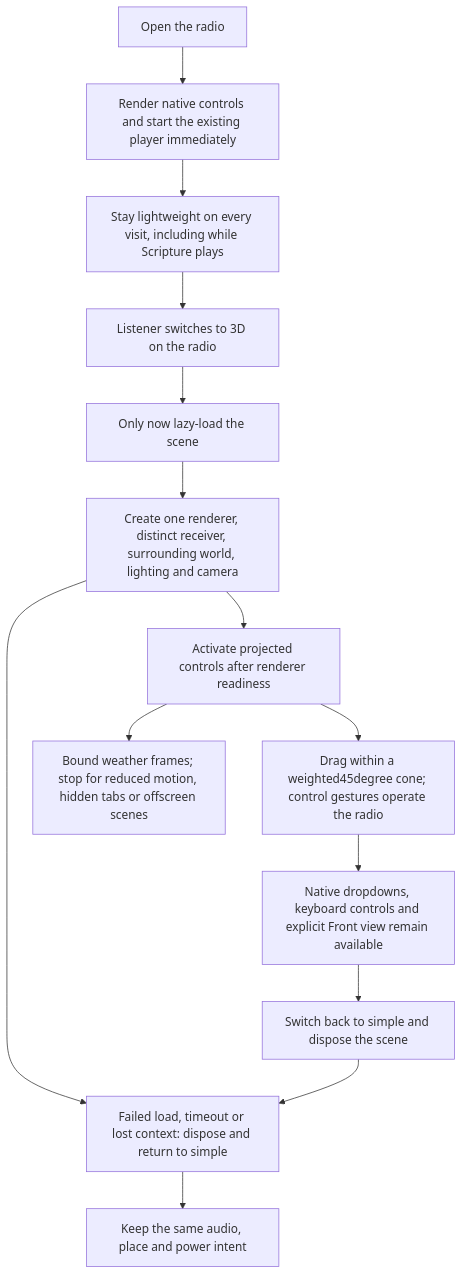
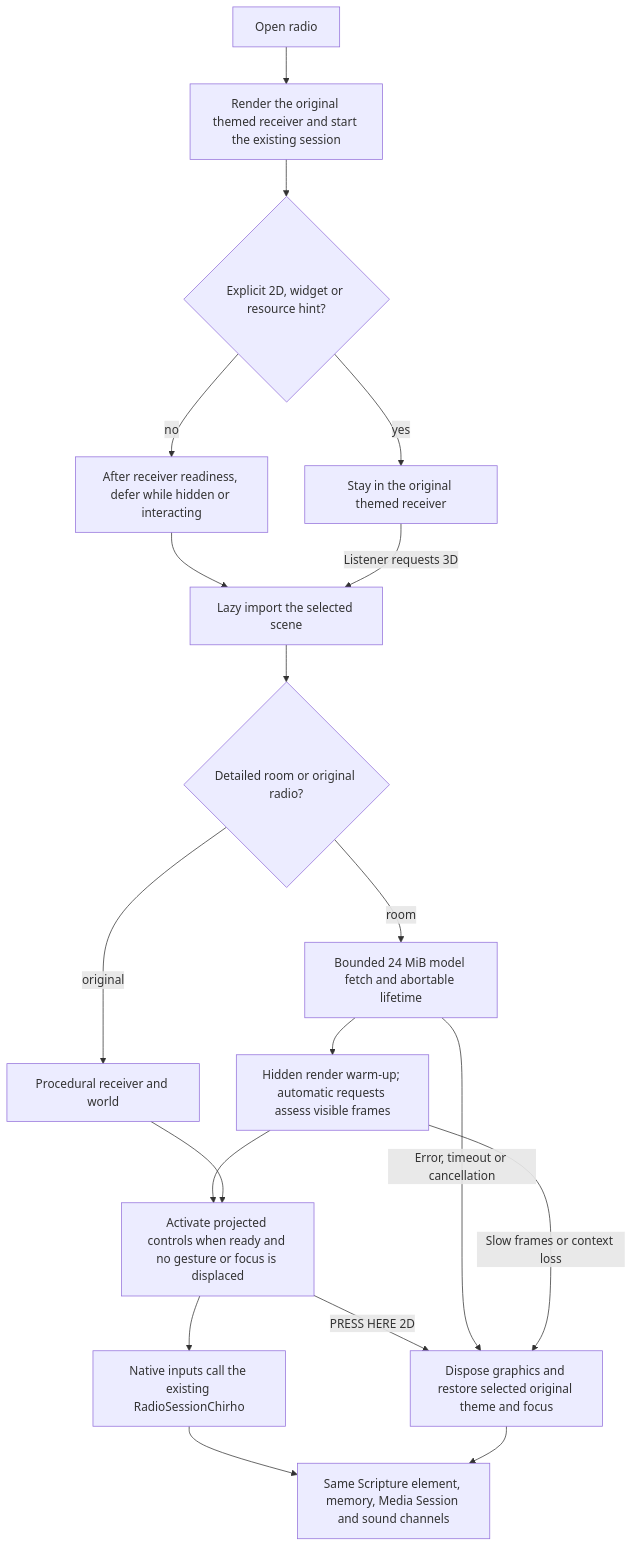
Before and after one commit to loveJesus/audiobiblerad.io-chirho: the diagram in spec-chirho/workflows-chirho/experience-chirho/spatial_radio_workflow_chirho.md, drawn with Mermaid. The commit also changed other lines of this file and 32 other files, not shown here.

Commit message:
Integrate the listening room with the existing radio session

````diff
--- a/spec-chirho/workflows-chirho/experience-chirho/spatial_radio_workflow_chirho.md
+++ b/spec-chirho/workflows-chirho/experience-chirho/spatial_radio_workflow_chirho.md
@@ -5,16 +5,21 @@
 ```mermaid
 flowchart TD
-    open_chirho[Open the radio] --> plain_chirho[Render native controls and start the existing player immediately]
-    plain_chirho --> simple_chirho[Stay lightweight on every visit, including while Scripture plays]
-    simple_chirho --> switch_chirho[Listener switches to 3D on the radio]
-    switch_chirho --> lazy_chirho[Only now lazy-load the scene]
-    lazy_chirho --> gpu_chirho[Create one renderer, distinct receiver, surrounding world, lighting and camera]
-    gpu_chirho --> smooth_chirho[Activate projected controls after renderer readiness]
-    gpu_chirho --> fallback_chirho[Failed load, timeout or lost context: dispose and return to simple]
-    smooth_chirho --> orbit_chirho[Drag within a weighted45degree cone; control gestures operate the radio]
-    orbit_chirho --> native_chirho[Native dropdowns, keyboard controls and explicit Front view remain available]
-    native_chirho --> off_chirho[Switch back to simple and dispose the scene]
-    off_chirho --> fallback_chirho
-    fallback_chirho --> audio_chirho[Keep the same audio, place and power intent]
-    smooth_chirho --> visibility_chirho[Bound weather frames; stop for reduced motion, hidden tabs or offscreen scenes]
+    open_chirho[Open radio] --> receiver_chirho[Render the original themed receiver and start the existing session]
+    receiver_chirho --> choice_chirho{Explicit 2D, widget or resource hint?}
+    choice_chirho -- yes --> lightweight_chirho[Stay in the original themed receiver]
+    choice_chirho -- no --> delay_chirho[After receiver readiness, defer while hidden or interacting]
+    delay_chirho --> lazy_chirho[Lazy import the selected scene]
+    lightweight_chirho -- Listener requests 3D --> lazy_chirho
+    lazy_chirho --> kind_chirho{Detailed room or original radio?}
+    kind_chirho -- room --> model_chirho[Bounded 24 MiB model fetch and abortable lifetime]
+    kind_chirho -- original --> original_chirho[Procedural receiver and world]
+    model_chirho --> warm_chirho[Hidden render warm-up; automatic requests assess visible frames]
+    warm_chirho --> ready_chirho[Activate projected controls when ready and no gesture or focus is displaced]
+    original_chirho --> ready_chirho
+    ready_chirho --> input_chirho[Native inputs call the existing RadioSessionChirho]
+    input_chirho --> audio_chirho[Same Scripture element, memory, Media Session and sound channels]
+    ready_chirho -- PRESS HERE 2D --> return_chirho[Dispose graphics and restore selected original theme and focus]
+    model_chirho -- Error, timeout or cancellation --> return_chirho
+    warm_chirho -- Slow frames or context loss --> return_chirho
+    return_chirho --> audio_chirho
 ```
````
